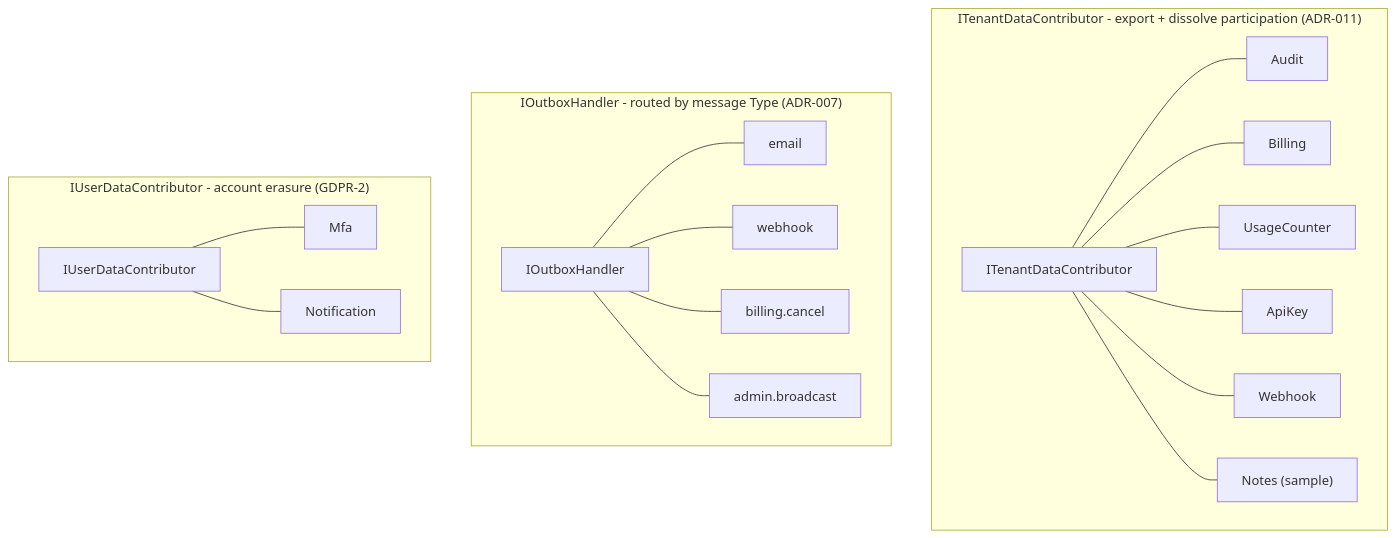
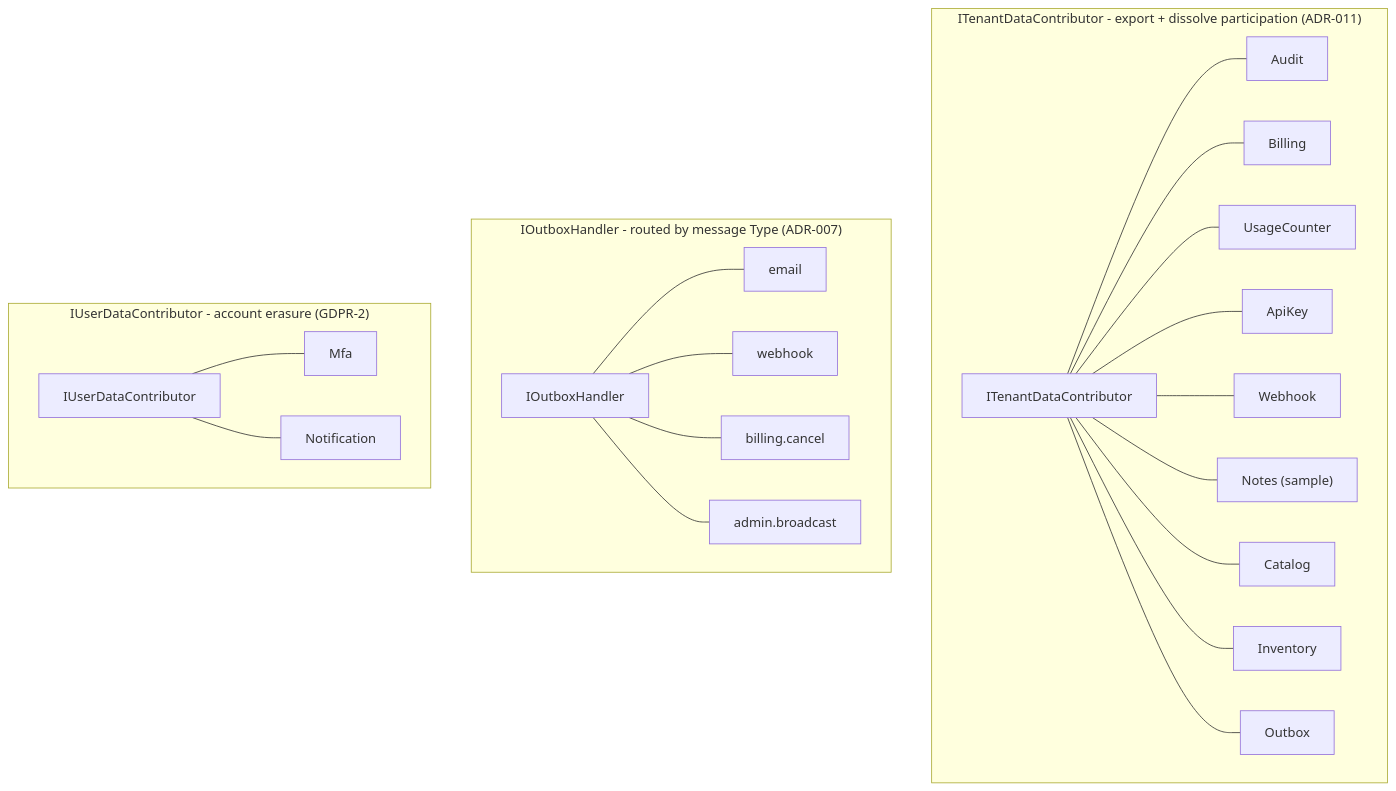
One commit to argamboad/jigger-jot changed the second of 8 diagrams in docs/ARCHITECTURE.md. Above: the diagram before and after it, drawn with Mermaid. The commit also changed other lines of this file and 20 other files, not shown here.

````diff
--- a/docs/ARCHITECTURE.md
+++ b/docs/ARCHITECTURE.md
@@ -75,15 +75,15 @@
 ```mermaid
 flowchart TB
     subgraph contributors ["ITenantDataContributor - export + dissolve participation (ADR-011)"]
         TDC["ITenantDataContributor"]
-        TDC --- C1["Audit"] & C2["Billing"] & C3["UsageCounter"] & C4["ApiKey"] & C5["Webhook"] & C6["Notes (sample)"]
+        TDC --- C1["Audit"] & C2["Billing"] & C3["UsageCounter"] & C4["ApiKey"] & C5["Webhook"] & C6["Notes (sample)"] & C7["Catalog"] & C8["Inventory"] & C9["Outbox"]
     end
     subgraph handlers ["IOutboxHandler - routed by message Type (ADR-007)"]
         OH["IOutboxHandler"]
         OH --- H1["email"] & H2["webhook"] & H3["billing.cancel"] & H4["admin.broadcast"]
     end
     subgraph userdata ["IUserDataContributor - account erasure (GDPR-2)"]
         UDC["IUserDataContributor"]
         UDC --- U1["Mfa"] & U2["Notification"]
     end
 ```
````
